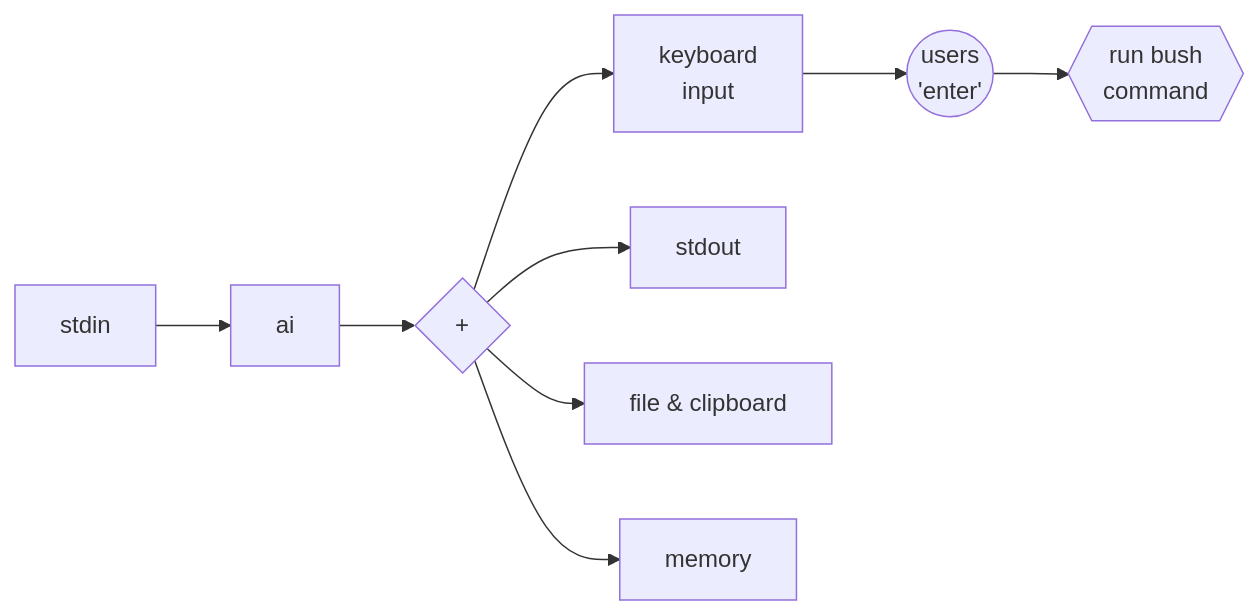
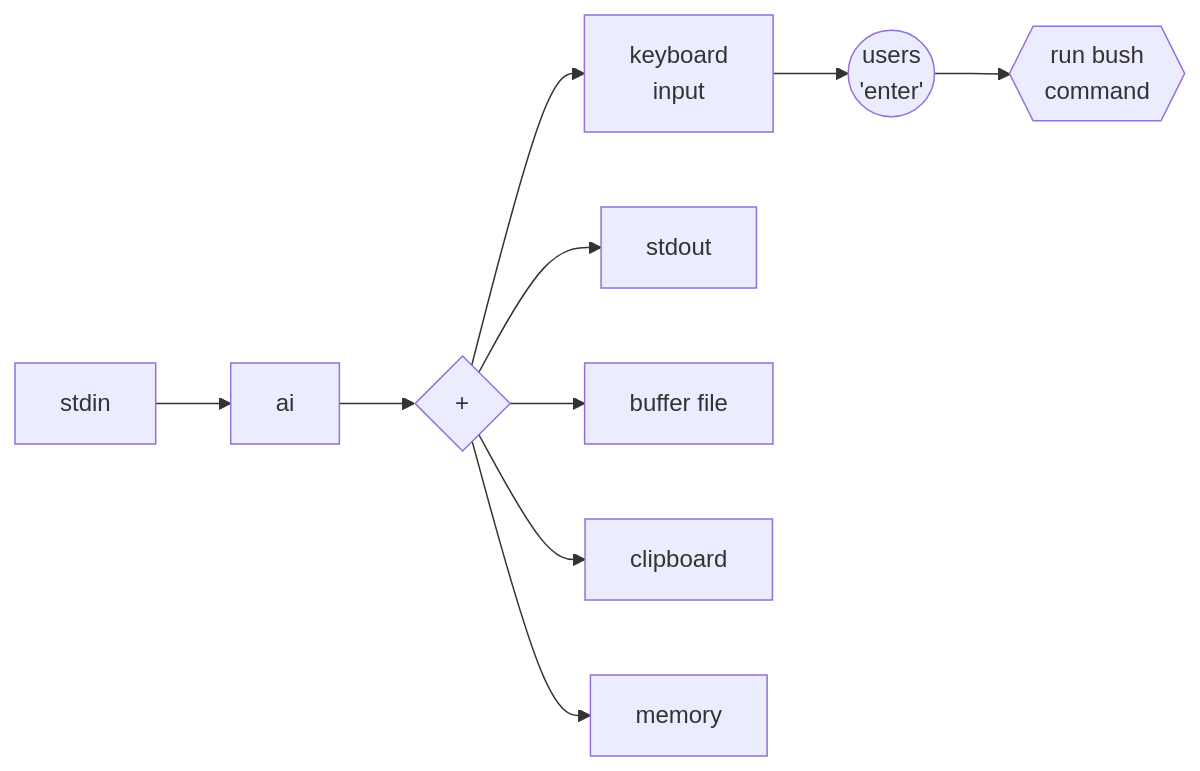
One commit to johnthesmith/ai-cli changed the first of 2 diagrams in README.md. Above: the diagram before and after it, drawn with Mermaid.

Commit message:
Auto commit

````diff
--- a/README.md
+++ b/README.md
@@ -30,15 +30,16 @@
 ```mermaid
 flowchart LR    
     gate{+}
     
     keyboard[ keyboard \n input ]
     stdout
-    buffer[file & clipboard] 
+    buffer[buffer file] 
+    clipboard
     memory
     bash{{ run bush \n command}}
 
 
     user((users \n 'enter'))
     keyboard --> user --> bash
-    stdin --> ai --> gate--> keyboard & stdout & memory & buffer
+    stdin --> ai --> gate--> keyboard & stdout & memory & buffer & clipboard
 ```
````
